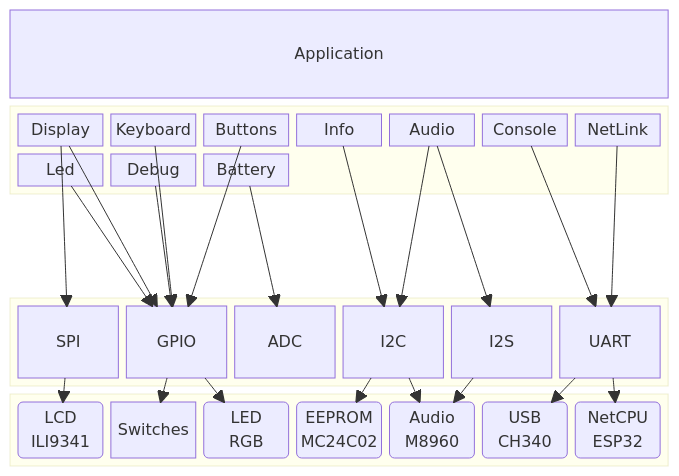
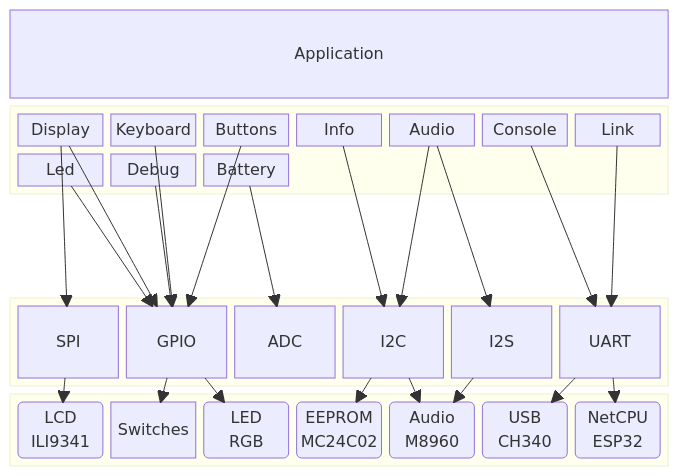
The sixth of 6 diagrams in Architecture.md (fluffy/bare-rust), drawn with Mermaid before and after one commit. The commit also changed other lines of this file and 6 other files, not shown here.

Commit message:
Rename NetLink to Link

````diff
--- a/Architecture.md
+++ b/Architecture.md
@@ -131,56 +131,56 @@
 ```mermaid
 block-beta
     columns 1
     Application
     block: BSP
       columns 7
       Display
       Keyboard
       Buttons
       Info
       Audio
       Console
-      NetLink
+      Link
       Led
       Debug
       Battery
     end
     space
     block: HAL
       SPI
       GPIO
       ADC
       I2C
       I2S
       UART
     end
     block: Hardware
       ILI9341 ("LCD\nILI9341")
       Switches
       LED ("LED\nRGB")
       M24C02 ("EEPROM\nMC24C02")
       WM8960 ("Audio\nM8960")
       CH340 ("USB\nCH340")
       NetCPU ("NetCPU\nESP32")
     end
     Keyboard --> GPIO
     Display --> SPI
     Display --> GPIO
     Led --> GPIO
     Debug --> GPIO
     Audio --> I2S
     Audio --> I2C
     Info --> I2C
     Battery --> ADC
     Console --> UART
     Buttons --> GPIO
-    NetLink --> UART
+    Link --> UART
     SPI --> ILI9341
     UART --> NetCPU
     I2C --> WM8960
     I2S --> WM8960
     I2C --> M24C02
     GPIO --> Switches
     GPIO --> LED
     UART --> CH340
 ```
````
